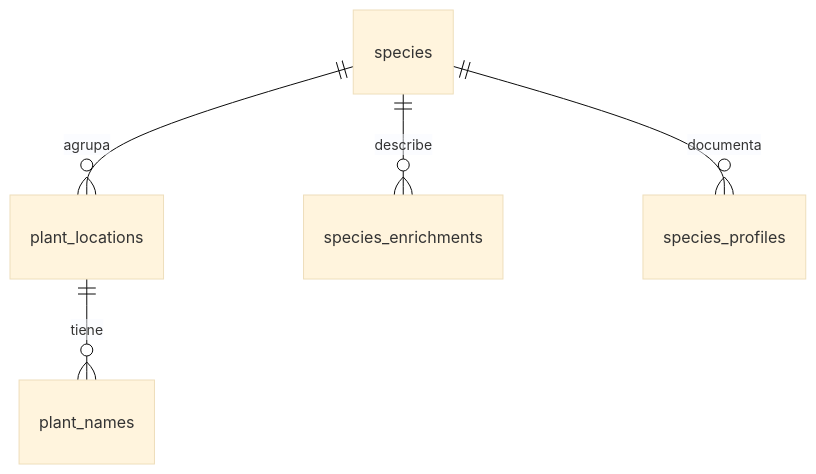
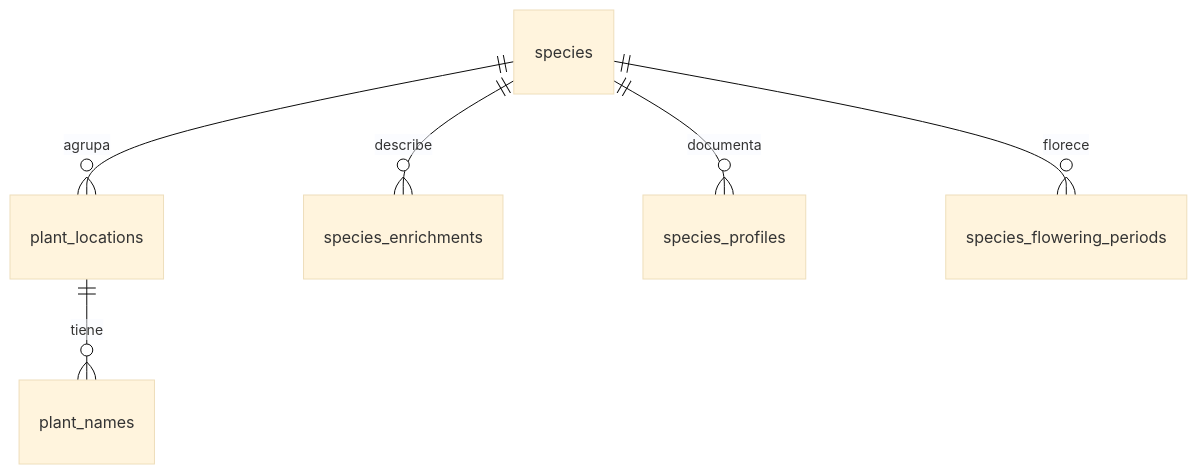
One commit to huugok/NatureMaps-Backend changed the diagram in docs/data-model.md. Above: the diagram before and after it, drawn with Mermaid (base theme). The commit also changed other lines of this file and 11 other files, not shown here.

````diff
--- a/docs/data-model.md
+++ b/docs/data-model.md
@@ -26,7 +27,8 @@
 ```mermaid
 erDiagram
   species ||--o{ plant_locations : agrupa
   plant_locations ||--o{ plant_names : tiene
   species ||--o{ species_enrichments : describe
   species ||--o{ species_profiles : documenta
+  species ||--o{ species_flowering_periods : florece
 ```
````
